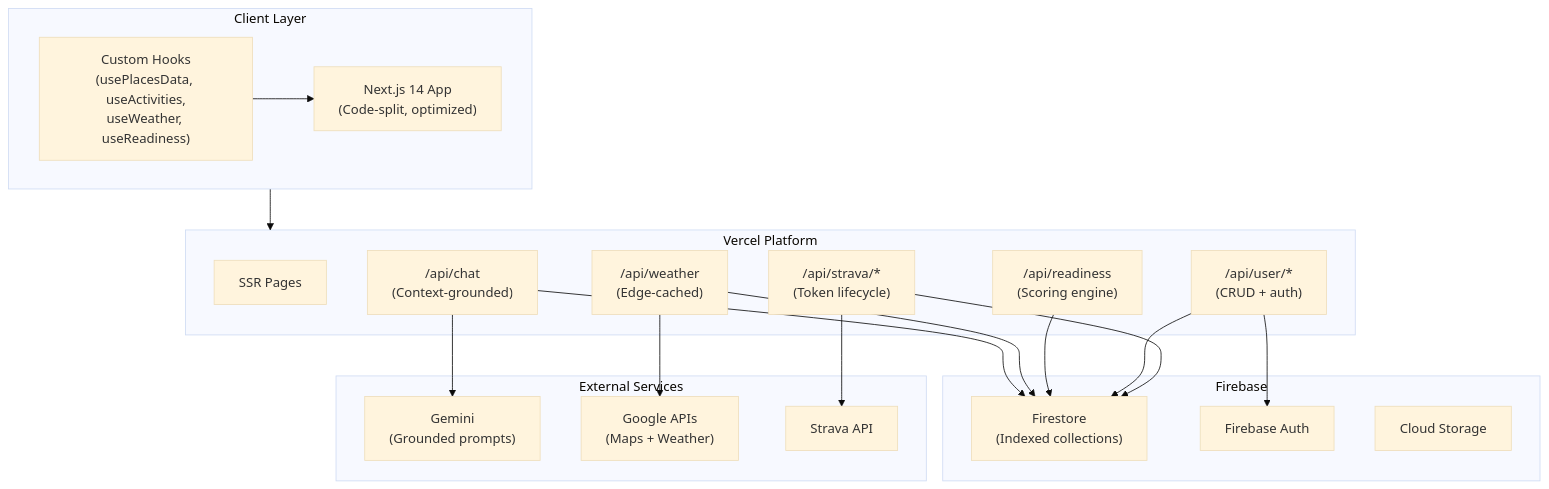
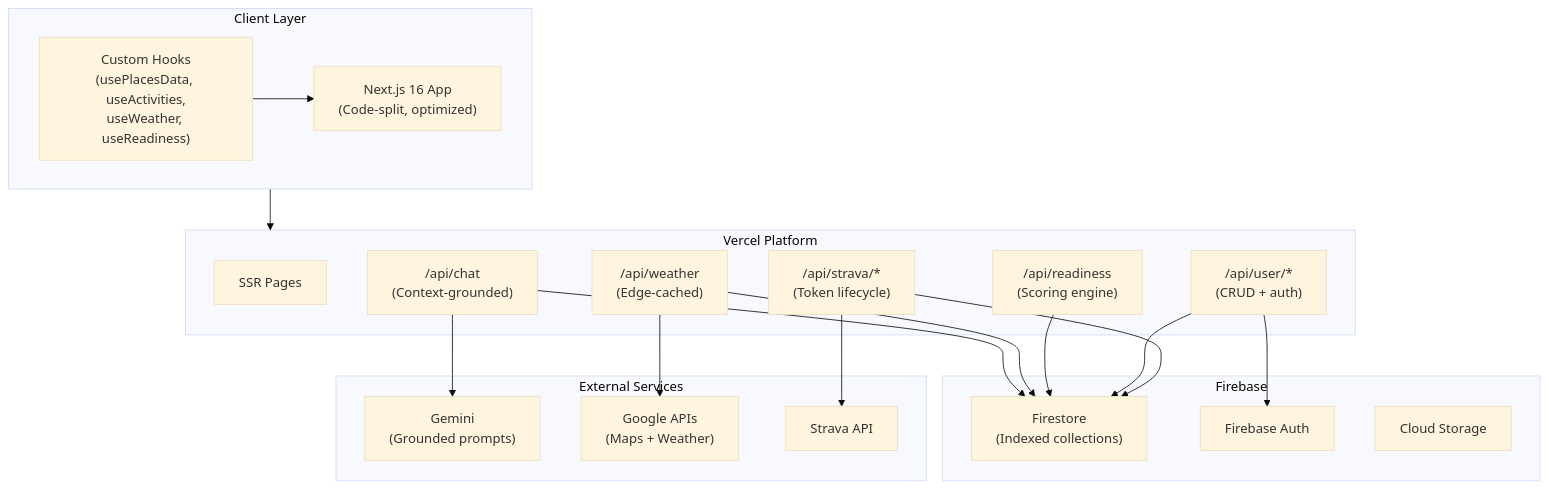
Diagram 15 of 17 in docs/wiki/ARCHITECTURE.md (Oweeboi011/Fit-Ready-IQ), drawn with Mermaid (base theme) before and after one commit. The commit also changed other lines of this file and 11 other files, not shown here.

First line of the commit message:
docs: fix stale paths, branch flow, versions, and structural bugs

````diff
--- a/docs/wiki/ARCHITECTURE.md
+++ b/docs/wiki/ARCHITECTURE.md
@@ -552,40 +552,40 @@
 ```mermaid
 graph TB
     subgraph Client["Client Layer"]
-        App["Next.js 14 App<br/>(Code-split, optimized)"]
+        App["Next.js 16 App<br/>(Code-split, optimized)"]
         Hooks["Custom Hooks<br/>(usePlacesData, useActivities,<br/>useWeather, useReadiness)"]
     end
 
     subgraph Vercel["Vercel Platform"]
         Pages["SSR Pages"]
         ChatRoute["/api/chat<br/>(Context-grounded)"]
         WeatherRoute["/api/weather<br/>(Edge-cached)"]
         ReadinessRoute["/api/readiness<br/>(Scoring engine)"]
         UserRoute["/api/user/*<br/>(CRUD + auth)"]
         StravaRoute["/api/strava/*<br/>(Token lifecycle)"]
     end
 
     subgraph Services["External Services"]
         Gemini["Gemini<br/>(Grounded prompts)"]
         Google["Google APIs<br/>(Maps + Weather)"]
         Strava["Strava API"]
     end
 
     subgraph Firebase["Firebase"]
         FS["Firestore<br/>(Indexed collections)"]
         Auth["Firebase Auth"]
         Storage["Cloud Storage"]
     end
 
     Client --> Vercel
     Hooks --> App
     ChatRoute --> Gemini
     ChatRoute --> FS
     WeatherRoute --> Google
     WeatherRoute --> FS
     ReadinessRoute --> FS
     UserRoute --> Auth
     UserRoute --> FS
     StravaRoute --> Strava
     StravaRoute --> FS
 ```
````
